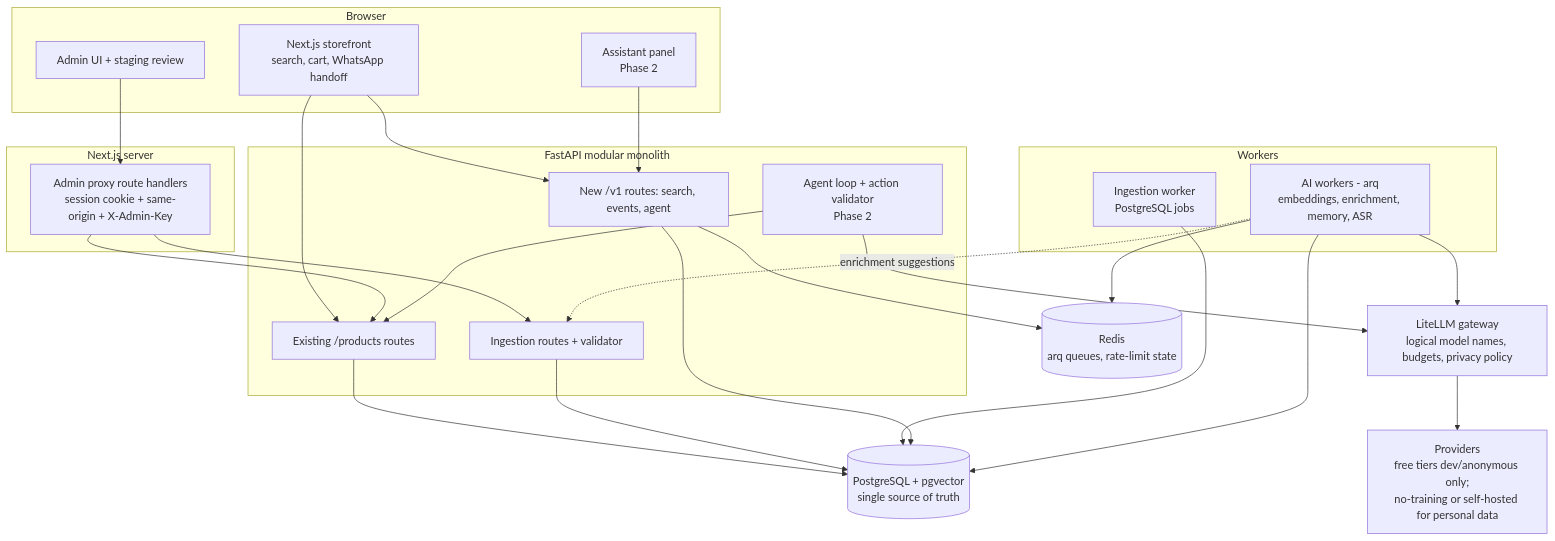
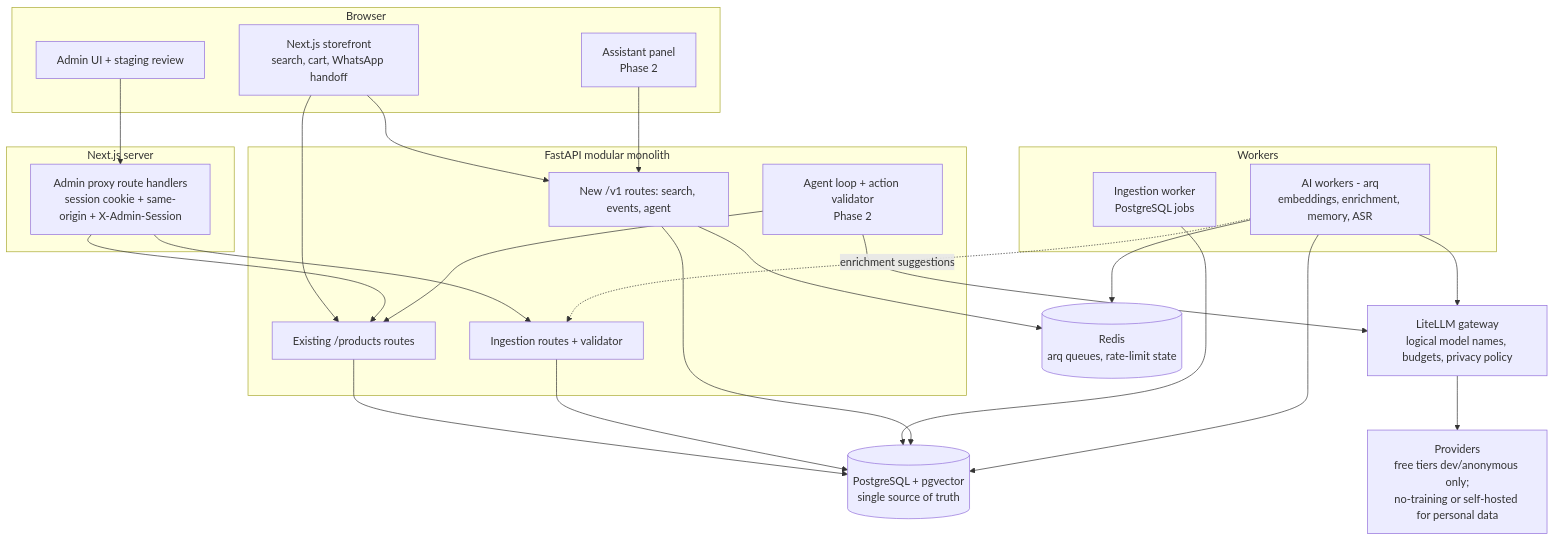
One commit to Muhammad-Hamza-Khan-03/Elegance-Shawls changed the diagram in docs/ELEGANCE_AI_COMMERCE_ARCHITECTURE.md. Above: the diagram before and after it, drawn with Mermaid. The commit also changed other lines of this file and 13 other files, not shown here.

Commit message:
docs: align admin guidance with individual accounts and the expiring legacy key

````diff
--- a/docs/ELEGANCE_AI_COMMERCE_ARCHITECTURE.md
+++ b/docs/ELEGANCE_AI_COMMERCE_ARCHITECTURE.md
@@ -44,42 +44,42 @@
 ```mermaid
 flowchart TB
     subgraph Browser
         SF[Next.js storefront<br/>search, cart, WhatsApp handoff]
         AP[Assistant panel<br/>Phase 2]
         AD[Admin UI + staging review]
     end
     subgraph NextServer[Next.js server]
-        PX[Admin proxy route handlers<br/>session cookie + same-origin + X-Admin-Key]
+        PX[Admin proxy route handlers<br/>session cookie + same-origin + X-Admin-Session]
     end
     subgraph API[FastAPI modular monolith]
         PUB[Existing /products routes]
         V1[New /v1 routes: search, events, agent]
         ING[Ingestion routes + validator]
         AGT[Agent loop + action validator<br/>Phase 2]
     end
     subgraph Workers
         IW[Ingestion worker<br/>PostgreSQL jobs]
         AW[AI workers - arq<br/>embeddings, enrichment, memory, ASR]
     end
     PG[(PostgreSQL + pgvector<br/>single source of truth)]
     RD[(Redis<br/>arq queues, rate-limit state)]
     LL[LiteLLM gateway<br/>logical model names, budgets, privacy policy]
     PR[Providers<br/>free tiers dev/anonymous only;<br/>no-training or self-hosted for personal data]
 
     SF --> PUB
     SF --> V1
     AP --> V1
     AD --> PX --> PUB
     PX --> ING
     PUB --> PG
     ING --> PG
     IW --> PG
     V1 --> PG
     V1 --> RD
     AGT --> LL --> PR
     AW --> RD
     AW --> PG
     AW --> LL
     AGT --> PUB
     AW -. enrichment suggestions .-> ING
 ```
````
